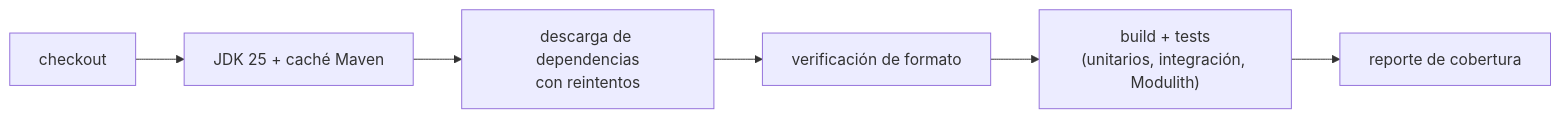
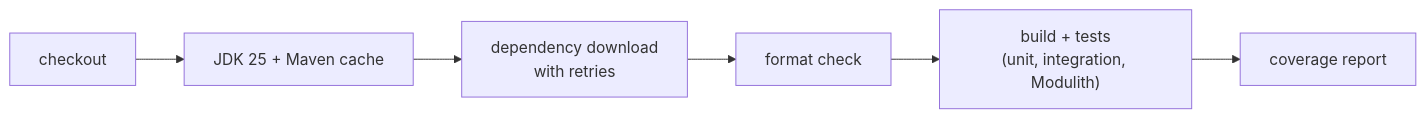
One commit to paulaciano/streamstories changed the second of 2 diagrams in docs/06-quality-and-workflow.md. Above: the diagram before and after it, drawn with Mermaid. The commit also changed other lines of this file and 26 other files, not shown here.

````diff
--- a/docs/06-quality-and-workflow.md
+++ b/docs/06-quality-and-workflow.md
@@ -46,4 +46,4 @@
 ```mermaid
 flowchart LR
-    A[checkout] --> B[JDK 25 + caché Maven] --> B2[descarga de dependencias<br/>con reintentos] --> C[verificación de formato] --> D["build + tests<br/>(unitarios, integración, Modulith)"] --> E[reporte de cobertura]
+    A[checkout] --> B[JDK 25 + Maven cache] --> B2[dependency download<br/>with retries] --> C[format check] --> D["build + tests<br/>(unit, integration, Modulith)"] --> E[coverage report]
 ```
````
